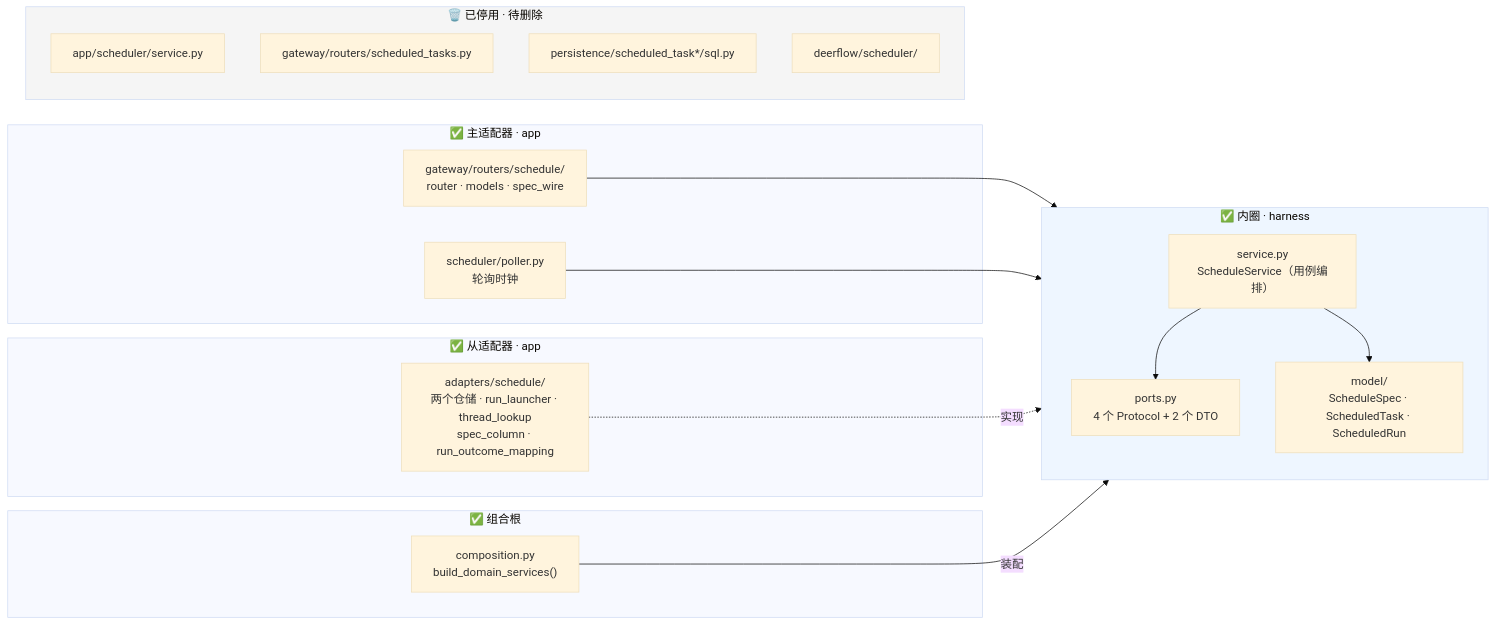
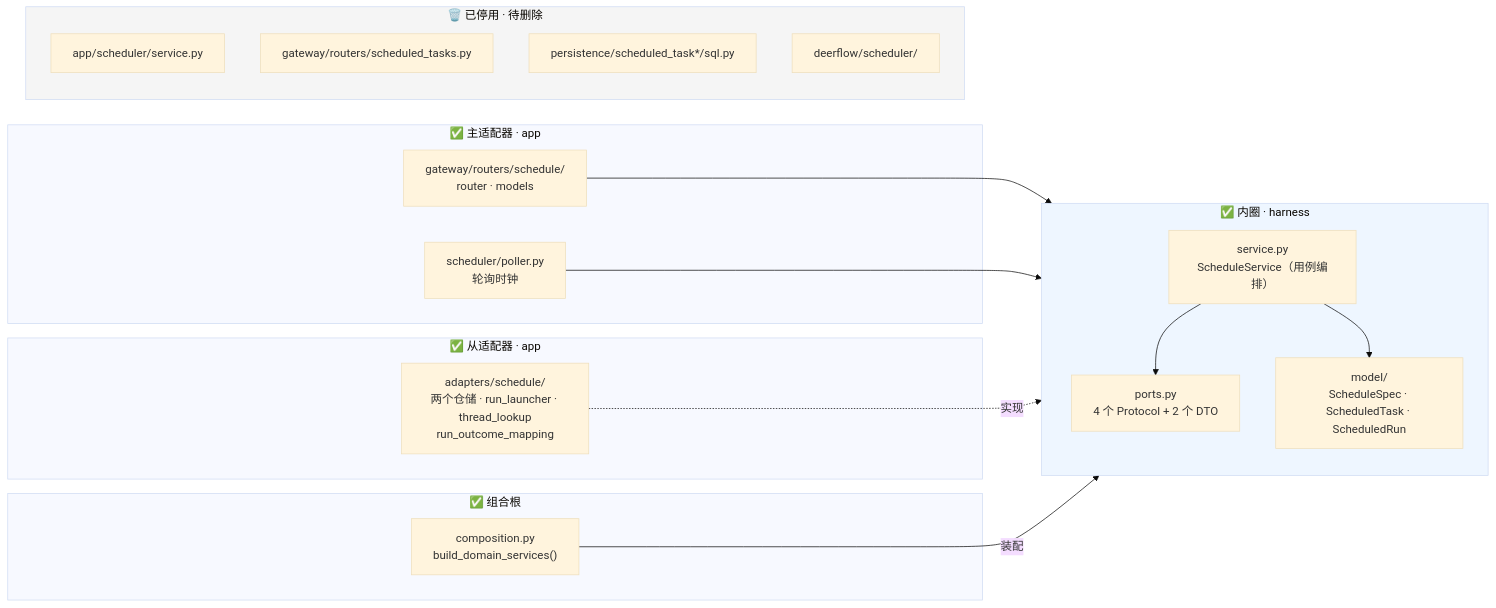
Before and after one commit to bytedance/deer-flow: the first of 6 diagrams in backend/docs/SCHEDULE_DESIGN_zh.md, drawn with Mermaid (base theme). The commit also changed other lines of this file and 9 other files, not shown here.

First line of the commit message:
refactor(schedule): move schedule_spec translation onto its owners

````diff
--- a/backend/docs/SCHEDULE_DESIGN_zh.md
+++ b/backend/docs/SCHEDULE_DESIGN_zh.md
@@ -47,35 +47,35 @@
 ```mermaid
 flowchart LR
     subgraph IN["✅ 内圈 · harness"]
         direction TB
         SV["service.py<br/>ScheduleService（用例编排）"]
         PO["ports.py<br/>4 个 Protocol + 2 个 DTO"]
         M["model/<br/>ScheduleSpec · ScheduledTask · ScheduledRun"]
         SV --> PO
         SV --> M
     end
     subgraph PRIM["✅ 主适配器 · app"]
-        R["gateway/routers/schedule/<br/>router · models · spec_wire"]
+        R["gateway/routers/schedule/<br/>router · models"]
         PL["scheduler/poller.py<br/>轮询时钟"]
     end
     subgraph SEC["✅ 从适配器 · app"]
-        AD["adapters/schedule/<br/>两个仓储 · run_launcher · thread_lookup<br/>spec_column · run_outcome_mapping"]
+        AD["adapters/schedule/<br/>两个仓储 · run_launcher · thread_lookup<br/>run_outcome_mapping"]
     end
     subgraph CR["✅ 组合根"]
         CO["composition.py<br/>build_domain_services()"]
     end
     subgraph DEAD["🗑️ 已停用 · 待删除"]
         S["app/scheduler/service.py"]
         OR["gateway/routers/scheduled_tasks.py"]
         P["persistence/scheduled_task*/sql.py"]
         C["deerflow/scheduler/"]
     end
 
     R --> SV
     PL --> SV
     AD -.->|实现| PO
     CO -->|装配| SV
 
     style IN fill:#eef6ff
     style DEAD fill:#f5f5f5
 ```
````
